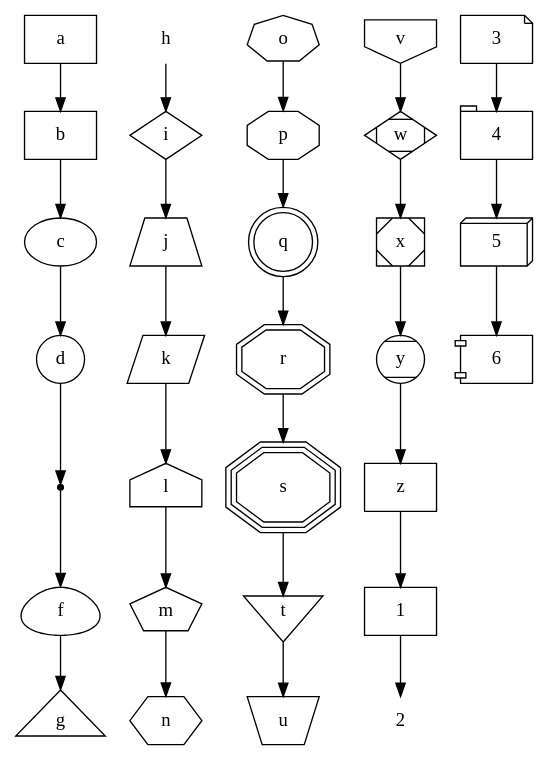
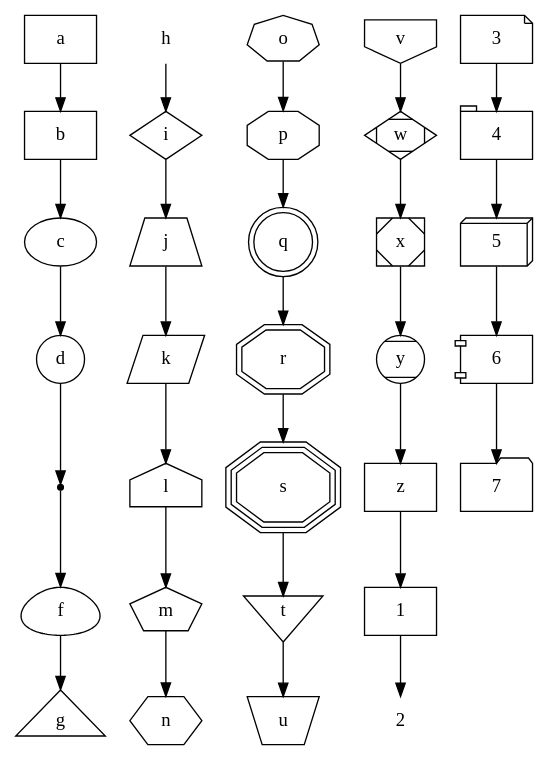
Before and after one commit to ellson/MOTHBALLED-graphviz: the diagram in rtest/nshare/shapes_dot.dot, drawn with Graphviz.

Commit message:
Release 2.20

```diff
--- a/rtest/nshare/shapes_dot.dot
+++ b/rtest/nshare/shapes_dot.dot
@@ -1,63 +1,65 @@
 digraph G {
 	node [label="\N"];
 	graph [bb="0,0,360,500"];
 	a [shape=box, pos="28,482", width="0.75", height="0.50"];
 	b [shape=polygon, pos="28,410", width="0.75", height="0.50"];
 	c [shape=ellipse, pos="28,334", width="0.75", height="0.50"];
 	d [shape=circle, pos="28,254", width="0.50", height="0.50"];
 	e [shape=point, pos="28,170", width="0.06", height="0.06"];
 	f [shape=egg, pos="28,90", width="0.78", height="0.50"];
 	g [shape=triangle, pos="28,18", width="0.75", height="0.50"];
 	h [shape=plaintext, pos="101,482", width="0.75", height="0.50"];
 	i [shape=diamond, pos="101,410", width="0.75", height="0.50"];
 	j [shape=trapezium, pos="101,334", width="0.75", height="0.50"];
 	k [shape=parallelogram, pos="101,254", width="0.78", height="0.50"];
 	l [shape=house, pos="101,170", width="0.75", height="0.50"];
 	m [shape=pentagon, pos="101,90", width="0.75", height="0.50"];
 	n [shape=hexagon, pos="101,18", width="0.75", height="0.50"];
 	o [shape=septagon, pos="181,482", width="0.75", height="0.50"];
 	p [shape=octagon, pos="181,410", width="0.75", height="0.50"];
 	q [shape=doublecircle, pos="181,334", width="0.61", height="0.61"];
 	r [shape=doubleoctagon, pos="181,254", width="0.86", height="0.61"];
 	s [shape=tripleoctagon, pos="181,170", width="0.97", height="0.72"];
 	t [shape=invtriangle, pos="181,90", width="0.75", height="0.50"];
 	u [shape=invtrapezium, pos="181,18", width="0.75", height="0.50"];
 	v [shape=invhouse, pos="261,482", width="0.75", height="0.50"];
 	w [shape=Mdiamond, pos="261,410", width="0.75", height="0.50"];
 	x [shape=Msquare, pos="261,334", width="0.50", height="0.50"];
 	y [shape=Mcircle, pos="261,254", width="0.50", height="0.50"];
 	z [shape=rect, pos="261,170", width="0.75", height="0.50"];
 	1 [shape=rectangle, pos="261,90", width="0.75", height="0.50"];
 	2 [shape=none, pos="261,18", width="0.75", height="0.50"];
 	3 [shape=note, pos="333,482", width="0.75", height="0.50"];
 	4 [shape=tab, pos="333,410", width="0.75", height="0.50"];
 	5 [shape=box3d, pos="333,334", width="0.75", height="0.50"];
 	6 [shape=component, pos="333,254", width="0.75", height="0.50"];
+	7 [shape=folder, pos="333,170", width="0.75", height="0.50"];
 	a -> b [pos="e,28,428 28,464 28,456 28,447 28,438"];
 	b -> c [pos="e,28,352 28,392 28,383 28,372 28,362"];
 	c -> d [pos="e,28,272 28,316 28,306 28,293 28,282"];
 	d -> e [pos="e,28,172 28,236 28,220 28,196 28,182"];
 	e -> f [pos="e,28,108 28,168 28,161 28,138 28,118"];
 	f -> g [pos="e,28,36 28,72 28,64 28,55 28,46"];
 	h -> i [pos="e,101,428 101,464 101,456 101,447 101,438"];
 	i -> j [pos="e,101,352 101,392 101,383 101,372 101,362"];
 	j -> k [pos="e,101,272 101,316 101,306 101,293 101,282"];
 	k -> l [pos="e,101,188 101,236 101,225 101,211 101,198"];
 	l -> m [pos="e,101,108 101,155 101,145 101,131 101,118"];
 	m -> n [pos="e,101,36 101,75 101,67 101,56 101,46"];
 	o -> p [pos="e,181,428 181,466 181,457 181,448 181,438"];
 	p -> q [pos="e,181,356 181,392 181,384 181,375 181,366"];
 	q -> r [pos="e,181,276 181,312 181,304 181,295 181,286"];
 	r -> s [pos="e,181,196 181,232 181,224 181,215 181,206"];
 	s -> t [pos="e,181,99 181,144 181,132 181,119 181,109"];
 	t -> u [pos="e,181,36 181,72 181,64 181,55 181,46"];
 	v -> w [pos="e,261,428 261,464 261,456 261,447 261,438"];
 	w -> x [pos="e,261,352 261,392 261,383 261,372 261,362"];
 	x -> y [pos="e,261,272 261,316 261,306 261,293 261,282"];
 	y -> z [pos="e,261,188 261,236 261,225 261,211 261,198"];
 	z -> 1 [pos="e,261,108 261,152 261,142 261,129 261,118"];
 	1 -> 2 [pos="e,261,36 261,72 261,64 261,55 261,46"];
 	3 -> 4 [pos="e,333,428 333,464 333,456 333,447 333,438"];
 	4 -> 5 [pos="e,333,352 333,392 333,383 333,372 333,362"];
 	5 -> 6 [pos="e,333,272 333,316 333,306 333,293 333,282"];
+	6 -> 7 [pos="e,333,188 333,236 333,225 333,211 333,198"];
 }
```
